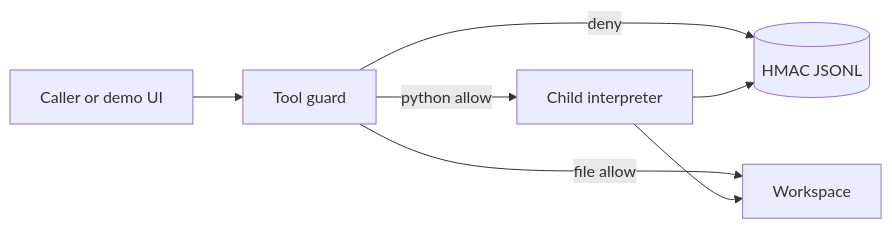
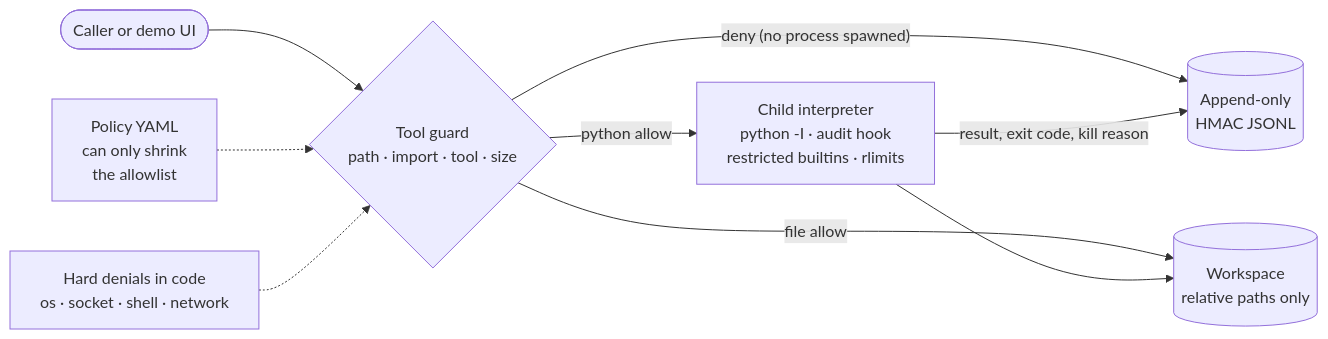
Before and after one commit to kumarlakshya24/enterprise-ai-platform: the first of 2 diagrams in forge/README.md, drawn with Mermaid. The commit also changed other lines of this file and 6 other files, not shown here.

````diff
--- a/forge/README.md
+++ b/forge/README.md
@@ -80,9 +108,11 @@
 ```mermaid
 flowchart LR
-  Caller[Caller or demo UI] --> Guard[Tool guard]
-  Guard -->|deny| Audit[(HMAC JSONL)]
-  Guard -->|python allow| Child[Child interpreter]
-  Guard -->|file allow| WS[Workspace]
+  Caller([Caller or demo UI]) --> Guard{"Tool guard<br/>path · import · tool · size"}
+  Guard -->|"deny (no process spawned)"| Audit[("Append-only<br/>HMAC JSONL")]
+  Guard -->|python allow| Child["Child interpreter<br/>python -I · audit hook<br/>restricted builtins · rlimits"]
+  Guard -->|file allow| WS[("Workspace<br/>relative paths only")]
   Child --> WS
-  Child --> Audit
+  Child -->|"result, exit code, kill reason"| Audit
+  Policy["Policy YAML<br/>can only shrink<br/>the allowlist"] -.-> Guard
+  Hard["Hard denials in code<br/>os · socket · shell · network"] -.-> Guard
 ```
````
